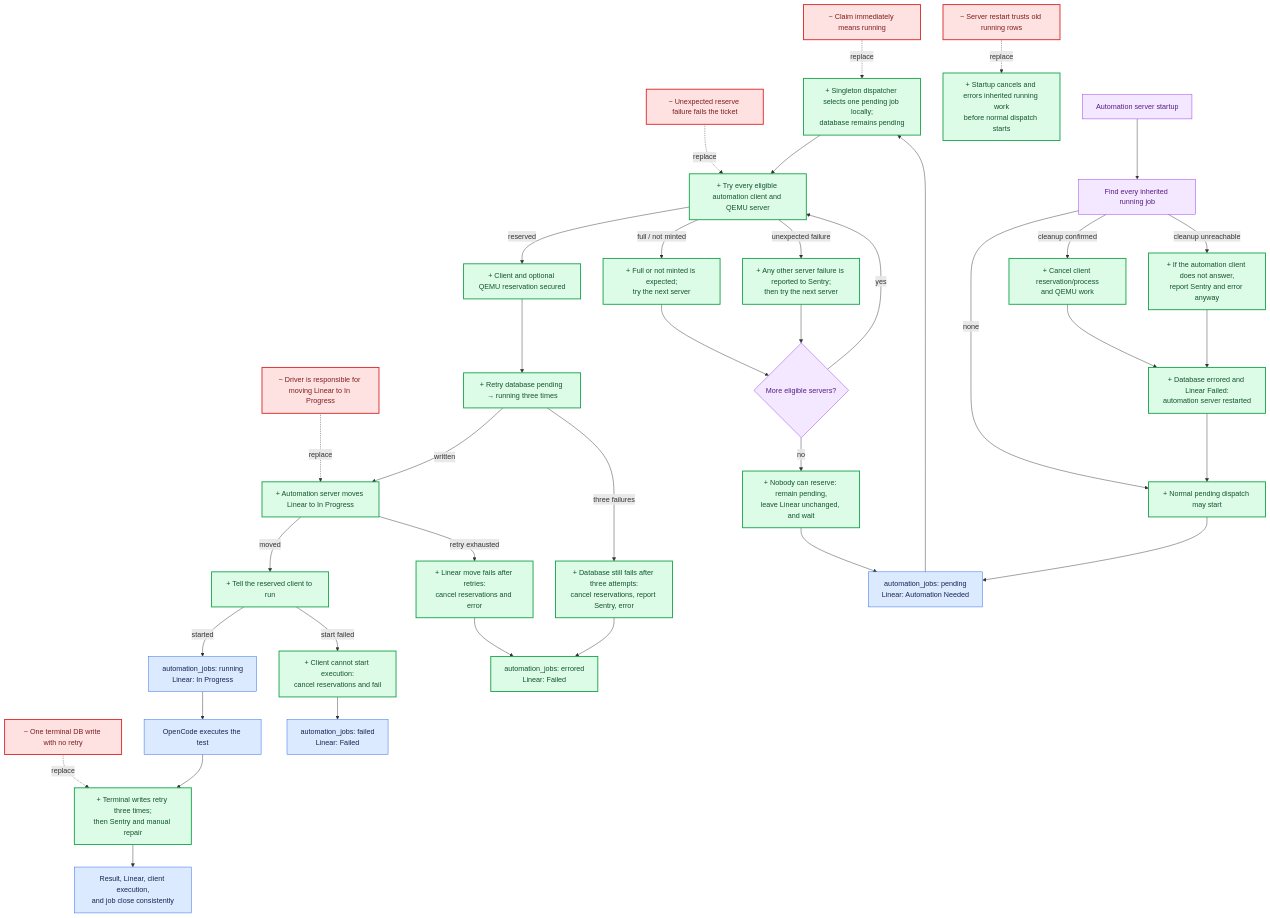
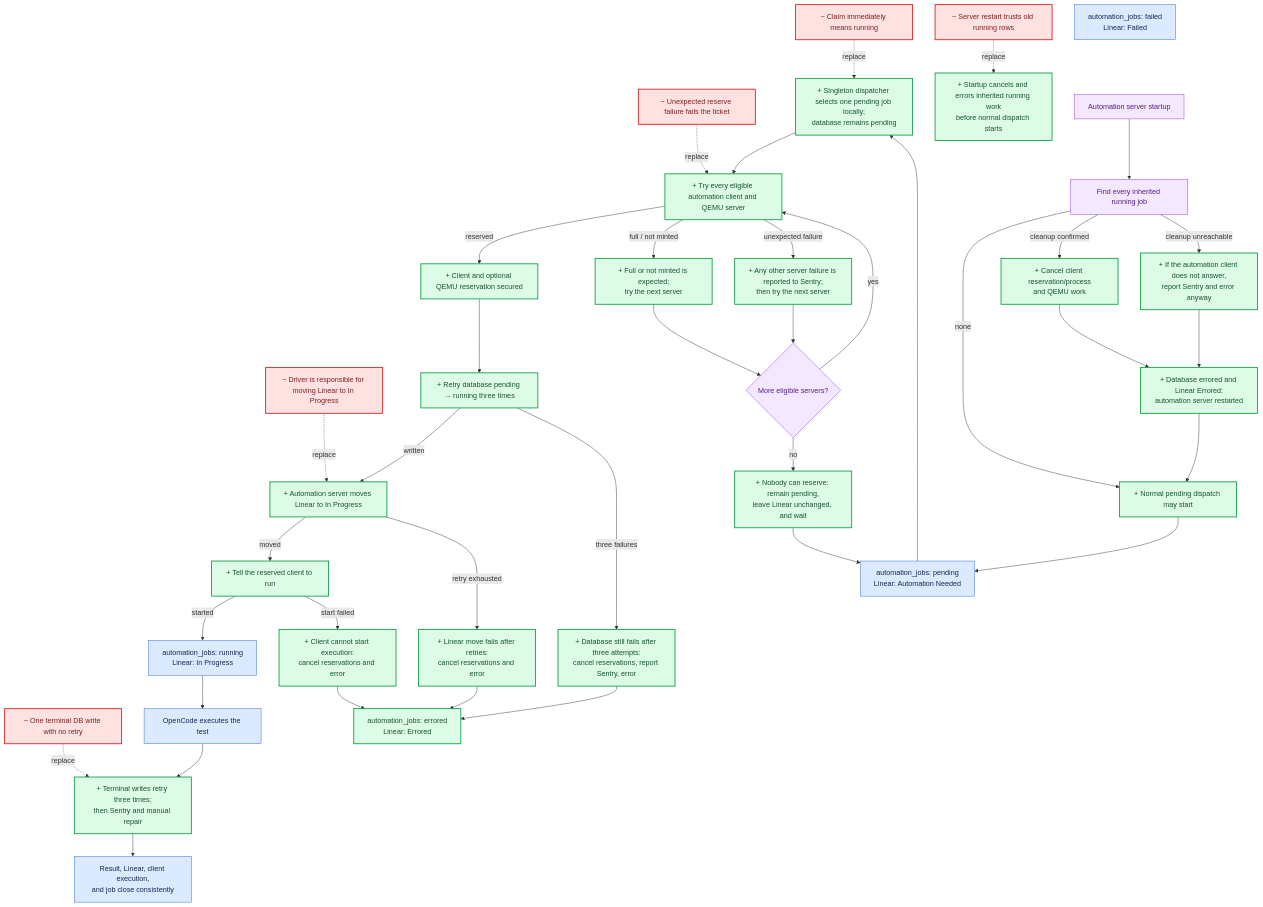
Before and after one commit to ThePrimeagen/Oligarchy: the second of 2 diagrams in MUST_FIX.MD, drawn with Mermaid. The commit also changed other lines of this file and 11 other files, not shown here.

First line of the commit message:
Complete a drive that ran, and error one the system failed

````diff
--- a/MUST_FIX.MD
+++ b/MUST_FIX.MD
@@ -77,67 +77,67 @@
 ```mermaid
 flowchart TB
   classDef removed fill:#fee2e2,stroke:#dc2626,color:#7f1d1d,stroke-width:2px
   classDef added fill:#dcfce7,stroke:#16a34a,color:#14532d,stroke-width:2px
   classDef kept fill:#dbeafe,stroke:#2563eb,color:#172554
   classDef decision fill:#f3e8ff,stroke:#9333ea,color:#581c87
 
   R1["− Claim immediately means running"]:::removed
   R2["− Unexpected reserve failure fails the ticket"]:::removed
   R3["− Driver is responsible for moving Linear to In Progress"]:::removed
   R4["− Server restart trusts old running rows"]:::removed
   R5["− One terminal DB write with no retry"]:::removed
 
   N1["+ Singleton dispatcher selects one pending job locally;<br/>database remains pending"]:::added
   N2["+ Try every eligible automation client and QEMU server"]:::added
   N3["+ Full or not minted is expected;<br/>try the next server"]:::added
   N4["+ Any other server failure is reported to Sentry;<br/>then try the next server"]:::added
   N5["+ Nobody can reserve: remain pending,<br/>leave Linear unchanged, and wait"]:::added
   N6["+ Client and optional QEMU reservation secured"]:::added
   N7["+ Retry database pending → running three times"]:::added
   N8["+ Automation server moves Linear to In Progress"]:::added
   N9["+ Tell the reserved client to run"]:::added
   N10["+ Startup cancels and errors inherited running work<br/>before normal dispatch starts"]:::added
   N11["+ Terminal writes retry three times;<br/>then Sentry and manual repair"]:::added
 
   R1 -. "replace" .-> N1
   R2 -. "replace" .-> N2
   R3 -. "replace" .-> N8
   R4 -. "replace" .-> N10
   R5 -. "replace" .-> N11
 
   P["automation_jobs: pending<br/>Linear: Automation Needed"]:::kept
   MORE{"More eligible servers?"}:::decision
   RUN["automation_jobs: running<br/>Linear: In Progress"]:::kept
   EXEC["OpenCode executes the test"]:::kept
   DONE["Result, Linear, client execution,<br/>and job close consistently"]:::kept
   FAIL["automation_jobs: failed<br/>Linear: Failed"]:::kept
-  ERR["automation_jobs: errored<br/>Linear: Failed"]:::added
+  ERR["automation_jobs: errored<br/>Linear: Errored"]:::added
   DBFAIL["+ Database still fails after three attempts:<br/>cancel reservations, report Sentry, error"]:::added
   LINEARFAIL["+ Linear move fails after retries:<br/>cancel reservations and error"]:::added
-  RUNFAIL["+ Client cannot start execution:<br/>cancel reservations and fail"]:::added
+  RUNFAIL["+ Client cannot start execution:<br/>cancel reservations and error"]:::added
 
   P --> N1 --> N2
   N2 -->|"reserved"| N6 --> N7
   N2 -->|"full / not minted"| N3 --> MORE
   N2 -->|"unexpected failure"| N4 --> MORE
   MORE -->|"yes"| N2
   MORE -->|"no"| N5 --> P
   N7 -->|"written"| N8
   N7 -->|"three failures"| DBFAIL --> ERR
   N8 -->|"moved"| N9
   N8 -->|"retry exhausted"| LINEARFAIL --> ERR
   N9 -->|"started"| RUN --> EXEC --> N11 --> DONE
-  N9 -->|"start failed"| RUNFAIL --> FAIL
+  N9 -->|"start failed"| RUNFAIL --> ERR
 
   START["Automation server startup"]:::decision
   INHERITED["Find every inherited running job"]:::decision
   CANCEL["+ Cancel client reservation/process<br/>and QEMU work"]:::added
-  INHERITEDFAIL["+ Database errored and Linear Failed:<br/>automation server restarted"]:::added
+  INHERITEDFAIL["+ Database errored and Linear Errored:<br/>automation server restarted"]:::added
   UNREACHABLE["+ If the automation client does not answer,<br/>report Sentry and error anyway"]:::added
   NORMAL["+ Normal pending dispatch may start"]:::added
 
   START --> INHERITED
   INHERITED -->|"none"| NORMAL
   INHERITED -->|"cleanup confirmed"| CANCEL --> INHERITEDFAIL --> NORMAL --> P
   INHERITED -->|"cleanup unreachable"| UNREACHABLE --> INHERITEDFAIL
 ```
````
